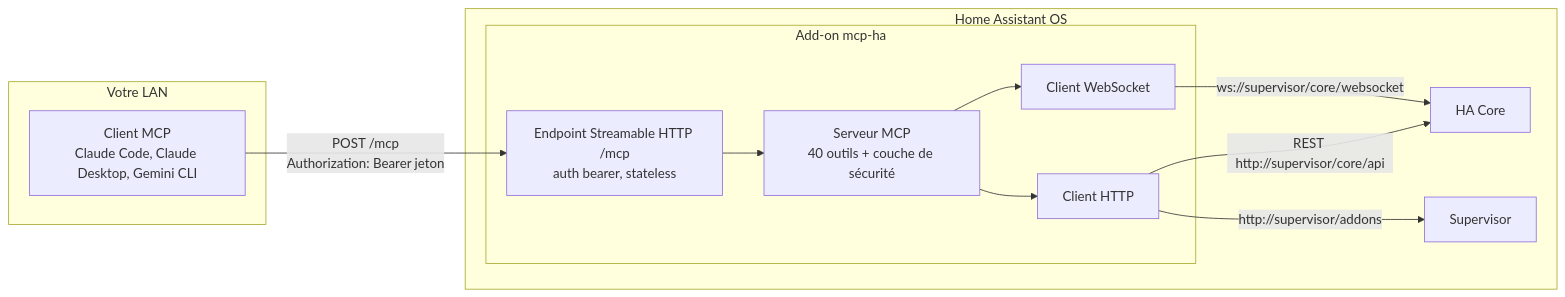
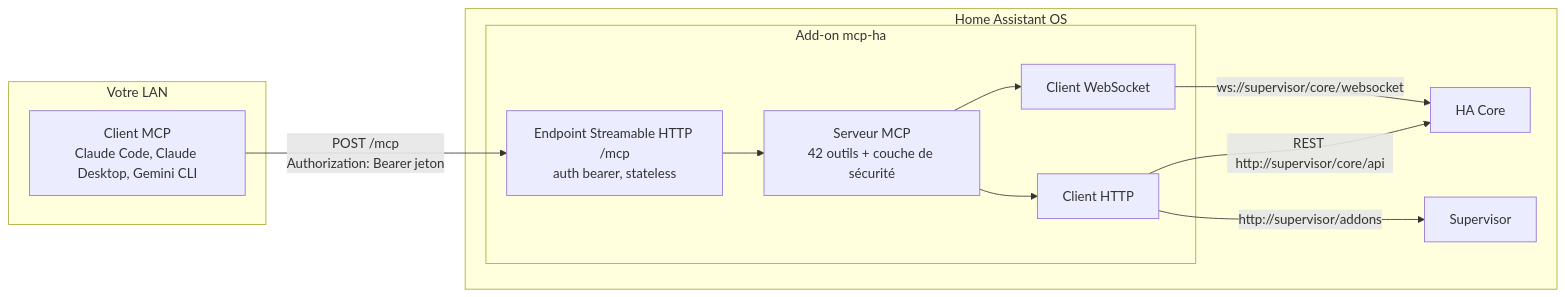
The first of 3 diagrams in docs/fr/reference/architecture.md (Devitek/mcp-ha), drawn with Mermaid before and after one commit. The commit also changed 21 other files, not shown here.

````diff
--- a/docs/fr/reference/architecture.md
+++ b/docs/fr/reference/architecture.md
@@ -7,23 +7,23 @@
 ```mermaid
 flowchart LR
   subgraph lan["Votre LAN"]
     C["Client MCP<br/>Claude Code, Claude Desktop, Gemini CLI"]
   end
   subgraph haos["Home Assistant OS"]
     subgraph addon["Add-on mcp-ha"]
       T["Endpoint Streamable HTTP /mcp<br/>auth bearer, stateless"]
-      S["Serveur MCP<br/>40 outils + couche de sécurité"]
+      S["Serveur MCP<br/>42 outils + couche de sécurité"]
       W["Client WebSocket"]
       H["Client HTTP"]
       T --> S
       S --> W
       S --> H
     end
     CORE["HA Core"]
     SUP["Supervisor"]
     W -->|"ws://supervisor/core/websocket"| CORE
     H -->|"REST http://supervisor/core/api"| CORE
     H -->|"http://supervisor/addons"| SUP
   end
   C -->|"POST /mcp<br/>Authorization: Bearer jeton"| T
 ```
````
